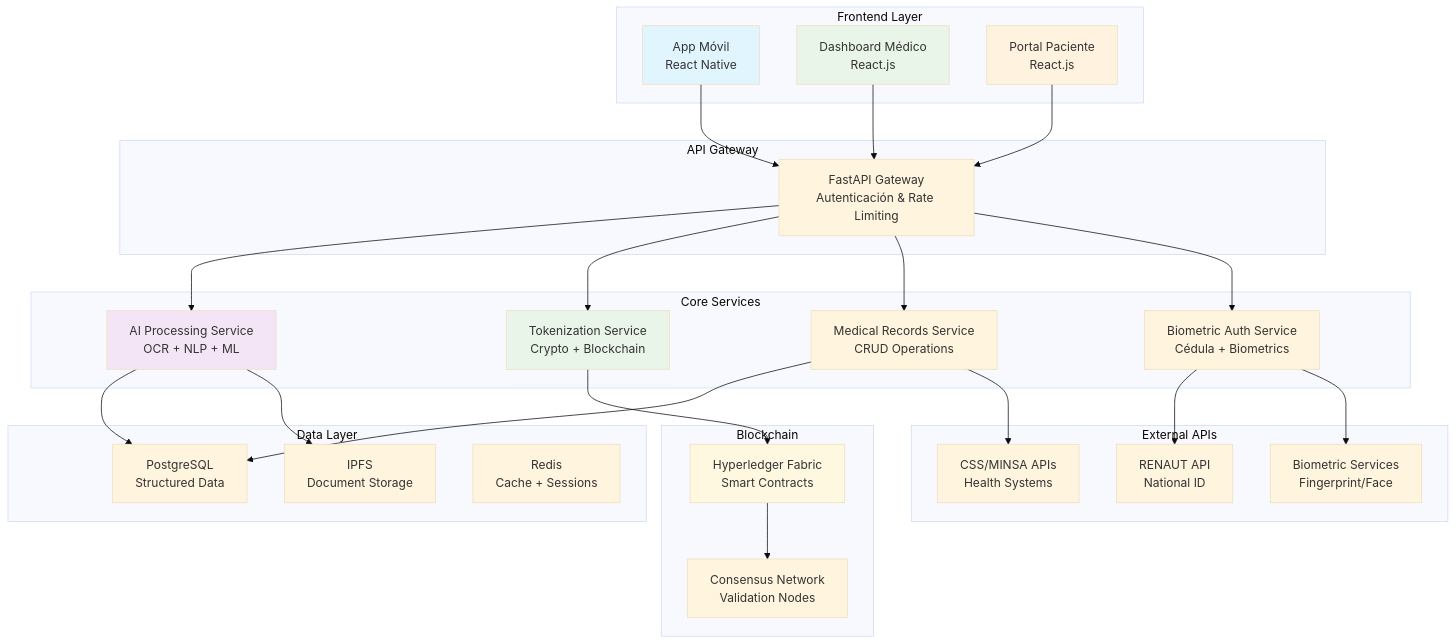
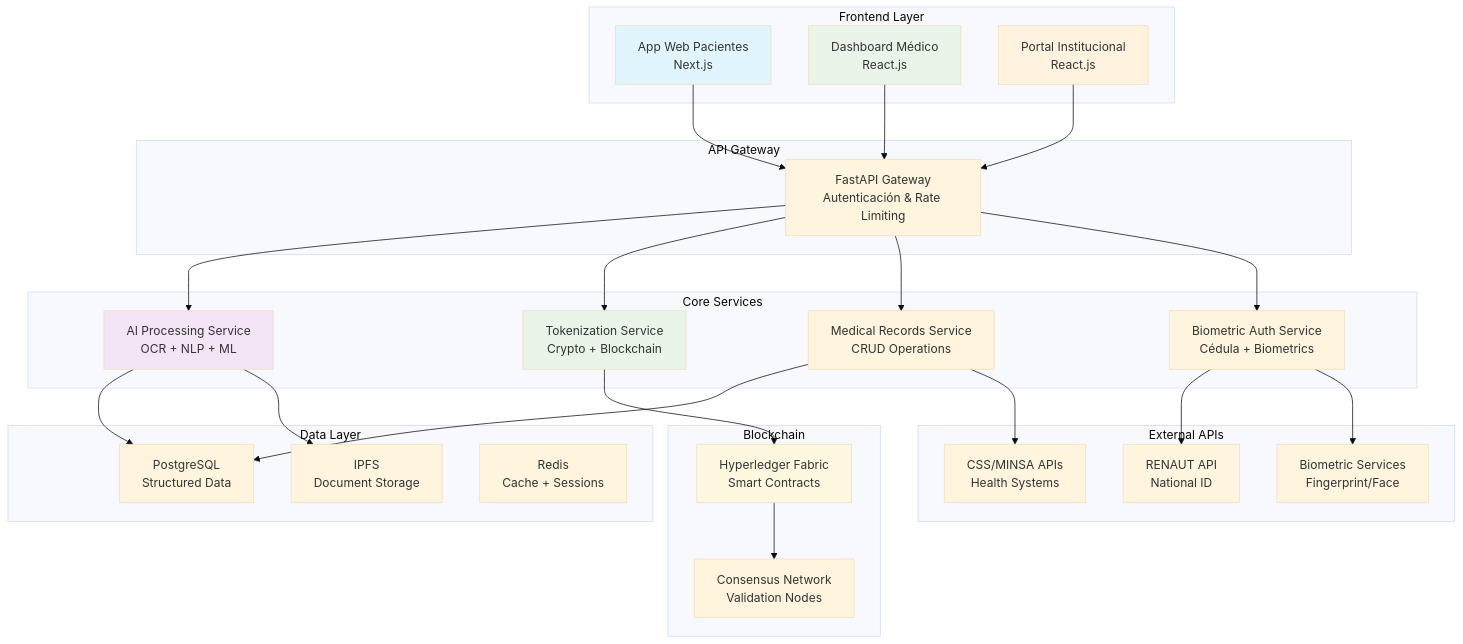
One commit to Quantumquirkz/PanamaHealth-Vault changed the first of 4 diagrams in README.md. Above: the diagram before and after it, drawn with Mermaid (base theme). The commit also changed other lines of this file, not shown here.

````diff
--- a/README.md
+++ b/README.md
@@ -98,59 +98,59 @@
 ```mermaid
 graph TB
     subgraph "Frontend Layer"
-        A[App Móvil<br/>React Native]
+        A[App Web Pacientes<br/>Next.js]
         B[Dashboard Médico<br/>React.js]
-        C[Portal Paciente<br/>React.js]
+        C[Portal Institucional<br/>React.js]
     end
     
     subgraph "API Gateway"
         D[FastAPI Gateway<br/>Autenticación & Rate Limiting]
     end
     
     subgraph "Core Services"
         E[AI Processing Service<br/>OCR + NLP + ML]
         F[Tokenization Service<br/>Crypto + Blockchain]
         G[Medical Records Service<br/>CRUD Operations]
         H[Biometric Auth Service<br/>Cédula + Biometrics]
     end
     
     subgraph "Data Layer"
         I[PostgreSQL<br/>Structured Data]
         J[IPFS<br/>Document Storage]
         K[Redis<br/>Cache + Sessions]
     end
     
     subgraph "Blockchain"
         L[Hyperledger Fabric<br/>Smart Contracts]
         M[Consensus Network<br/>Validation Nodes]
     end
     
     subgraph "External APIs"
         N[RENAUT API<br/>National ID]
         O[CSS/MINSA APIs<br/>Health Systems]
         P[Biometric Services<br/>Fingerprint/Face]
     end
     
     A --> D
     B --> D
     C --> D
     D --> E
     D --> F
     D --> G
     D --> H
     E --> I
     E --> J
     F --> L
     G --> I
     H --> N
     H --> P
     L --> M
     G --> O
     
     style A fill:#e1f5fe
     style B fill:#e8f5e8
     style C fill:#fff3e0
     style E fill:#f3e5f5
     style F fill:#e8f5e8
     style L fill:#fff8e1
 ```
````
